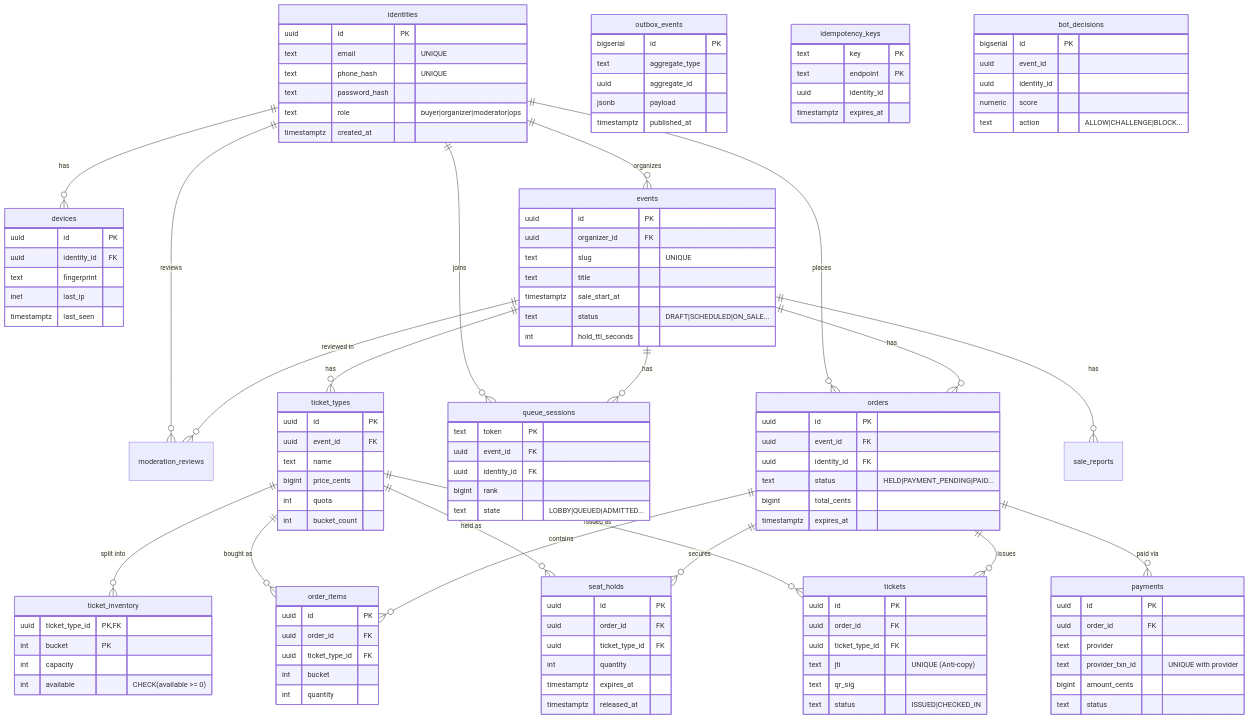
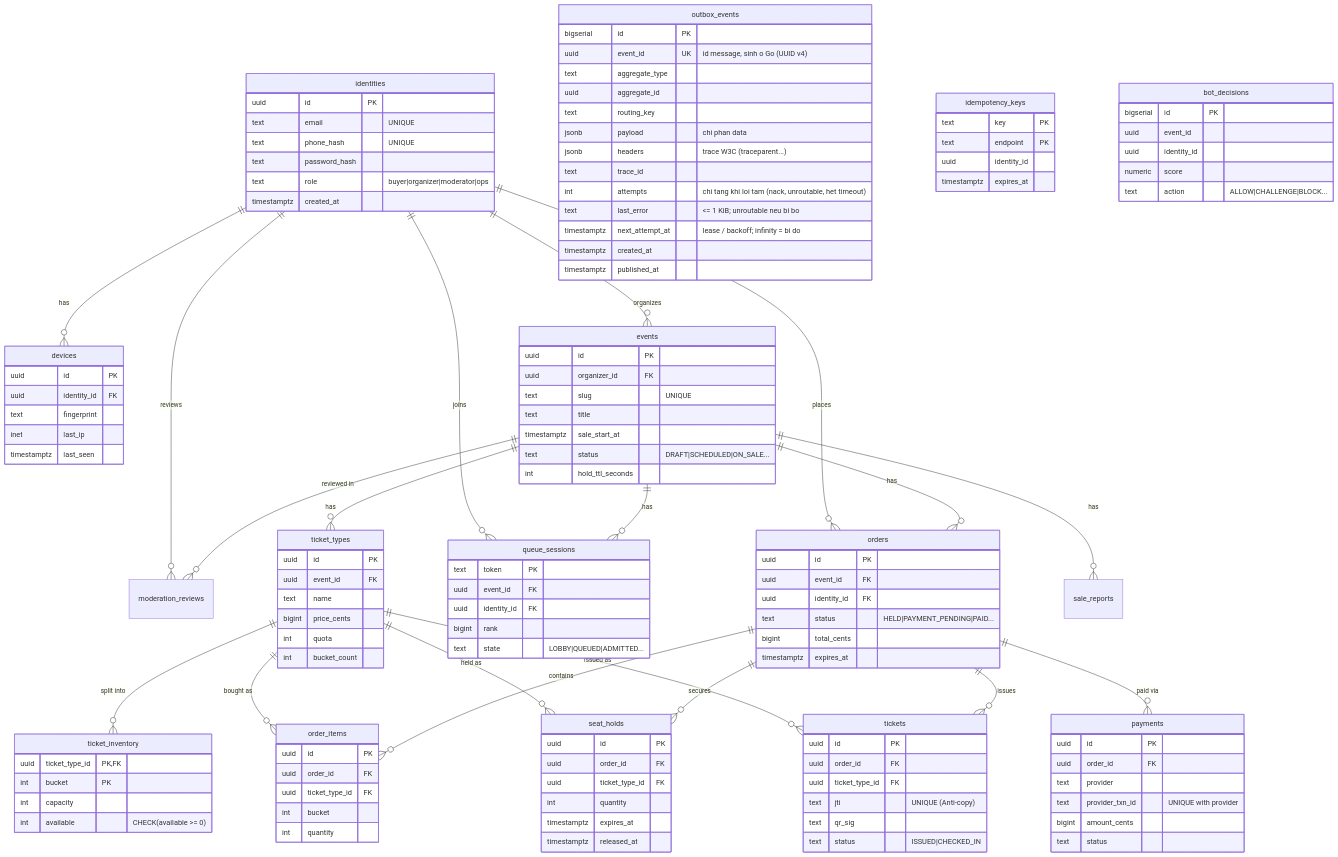
One commit to PHANQUOCTHANG/EvenFlow- changed the second of 2 diagrams in docs/06-Thiet_ke_co_ban.md. Above: the diagram before and after it, drawn with Mermaid. The commit also changed 8 other files, not shown here.

```diff
--- a/docs/06-Thiet_ke_co_ban.md
+++ b/docs/06-Thiet_ke_co_ban.md
@@ -183,9 +183,17 @@
     %% Audit & System Tables
     outbox_events {
         bigserial id PK
+        uuid event_id UK "id message, sinh o Go (UUID v4)"
         text aggregate_type
         uuid aggregate_id
-        jsonb payload
+        text routing_key
+        jsonb payload "chi phan data"
+        jsonb headers "trace W3C (traceparent...)"
+        text trace_id
+        int attempts "chi tang khi loi tam (nack, unroutable, het timeout)"
+        text last_error "<= 1 KiB; unroutable neu bi bo"
+        timestamptz next_attempt_at "lease / backoff; infinity = bi do"
+        timestamptz created_at
         timestamptz published_at
     }
 
```
